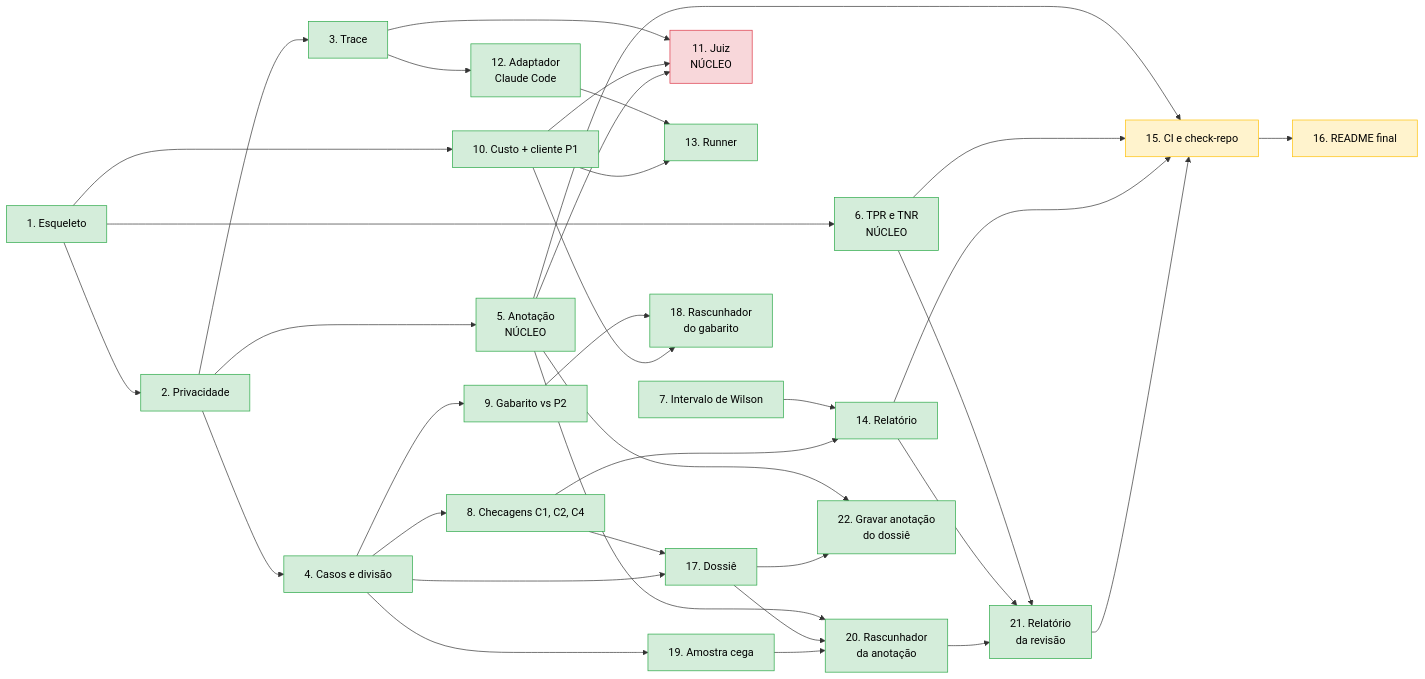
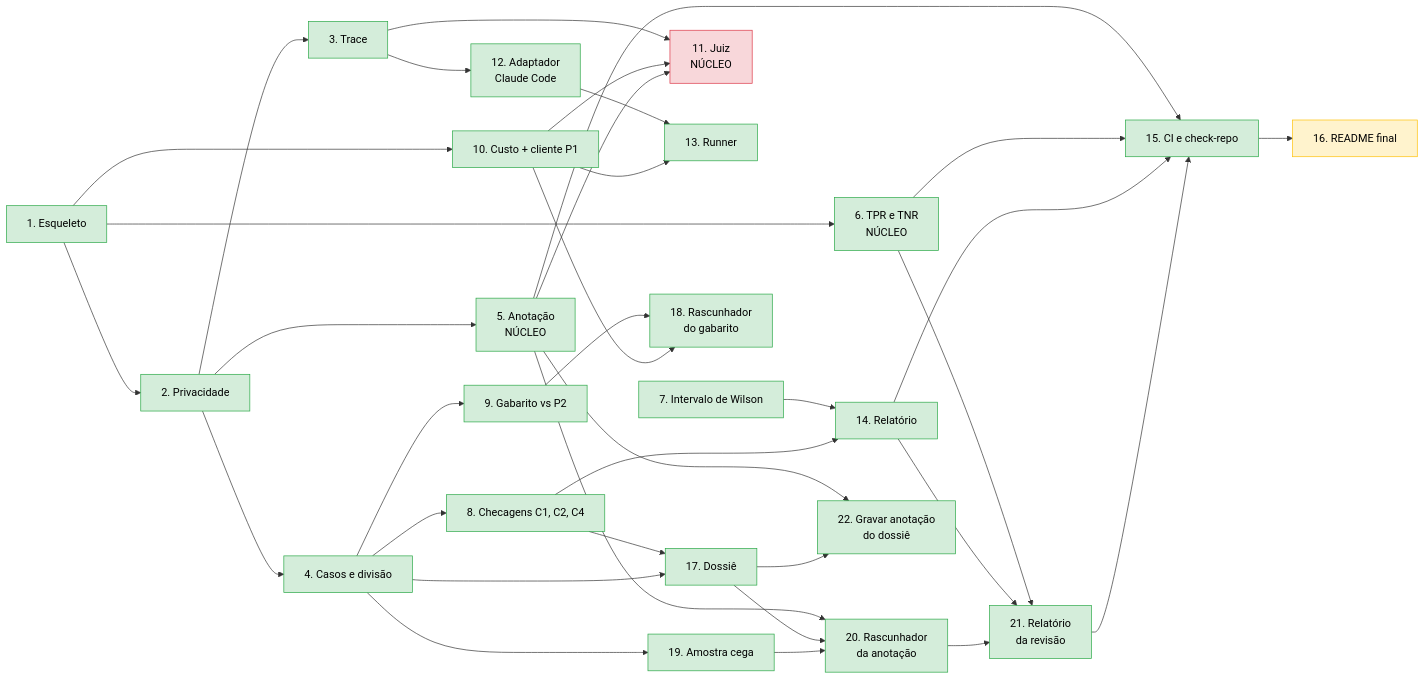
One commit to CristianonCarvalho/harness-p3-evals changed the diagram in docs/diagramas/09-ordem-das-tarefas.md. Above: the diagram before and after it, drawn with Mermaid. The commit also changed other lines of this file and 8 other files, not shown here.

````diff
--- a/docs/diagramas/09-ordem-das-tarefas.md
+++ b/docs/diagramas/09-ordem-das-tarefas.md
@@ -5,49 +5,49 @@
 ```mermaid
 flowchart LR
     t1["1. Esqueleto"] --> t2["2. Privacidade"]
     t2 --> t3["3. Trace"]
     t2 --> t4["4. Casos e divisão"]
     t4 --> t8["8. Checagens C1, C2, C4"]
     t7["7. Intervalo de Wilson"] --> t14["14. Relatório"]
     t8 --> t14
     t4 --> t9["9. Gabarito vs P2"]
     t1 --> t10["10. Custo + cliente P1"]
 
     t2 --> t5["5. Anotação<br/>NÚCLEO"]
     t1 --> t6["6. TPR e TNR<br/>NÚCLEO"]
     t3 --> t11["11. Juiz<br/>NÚCLEO"]
     t10 --> t11
     t5 --> t11
 
     t3 --> t12["12. Adaptador<br/>Claude Code"]
     t12 --> t13["13. Runner"]
     t10 --> t13
 
     t5 --> t15["15. CI e check-repo"]
     t6 --> t15
     t14 --> t15
     t15 --> t16["16. README final"]
 
     t8 --> t17["17. Dossiê"]
     t4 --> t17
     t9 --> t18["18. Rascunhador<br/>do gabarito"]
     t10 --> t18
     t4 --> t19["19. Amostra cega"]
     t5 --> t20["20. Rascunhador<br/>da anotação"]
     t17 --> t20
     t19 --> t20
     t6 --> t21["21. Relatório<br/>da revisão"]
     t14 --> t21
     t20 --> t21
     t21 --> t15
     t5 --> t22["22. Gravar anotação<br/>do dossiê"]
     t17 --> t22
 
     classDef feito fill:#d4edda,stroke:#28a745,color:#000
     classDef falta fill:#fff3cd,stroke:#ffc107,color:#000
     classDef seu fill:#f8d7da,stroke:#dc3545,color:#000
 
-    class t1,t2,t3,t4,t5,t6,t7,t8,t9,t10,t12,t13,t14,t17,t18,t19,t20,t21,t22 feito
-    class t15,t16 falta
+    class t1,t2,t3,t4,t5,t6,t7,t8,t9,t10,t12,t13,t14,t15,t17,t18,t19,t20,t21,t22 feito
+    class t16 falta
     class t11 seu
 ```
````
